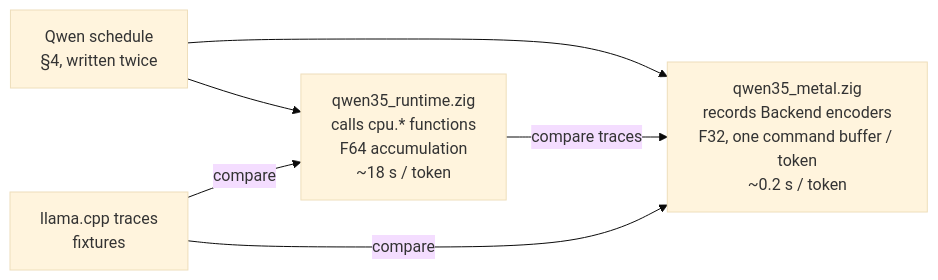
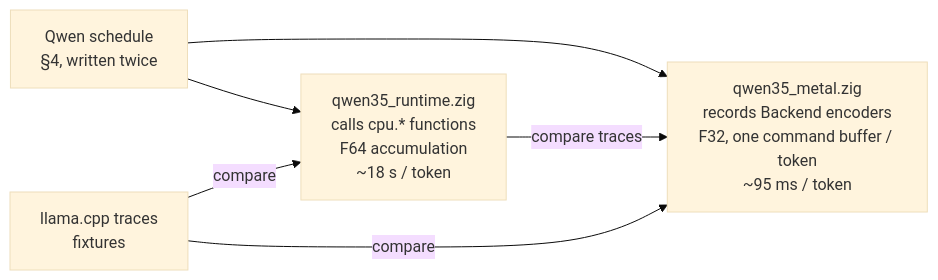
Before and after one commit to tildaslashalef/nuclis: the sixth of 10 diagrams in docs/architecture.md, drawn with Mermaid (base theme). The commit also changed other lines of this file and 7 other files, not shown here.

Commit message:
docs(repo): the architecture guide follows the KV cache end to end; the inference guide rewritten as one narrative (REPO-12)

````diff
--- a/docs/architecture.md
+++ b/docs/architecture.md
@@ -250,8 +310,8 @@
 ```mermaid
 flowchart LR
     sched[Qwen schedule\n§4, written twice] --> cpu[qwen35_runtime.zig\ncalls cpu.* functions\nF64 accumulation\n~18 s / token]
-    sched --> gpu[qwen35_metal.zig\nrecords Backend encoders\nF32, one command buffer / token\n~0.2 s / token]
+    sched --> gpu[qwen35_metal.zig\nrecords Backend encoders\nF32, one command buffer / token\n~95 ms / token]
     cpu -- compare traces --> gpu
     ref[llama.cpp traces\nfixtures] -- compare --> cpu
     ref -- compare --> gpu
 ```
````
